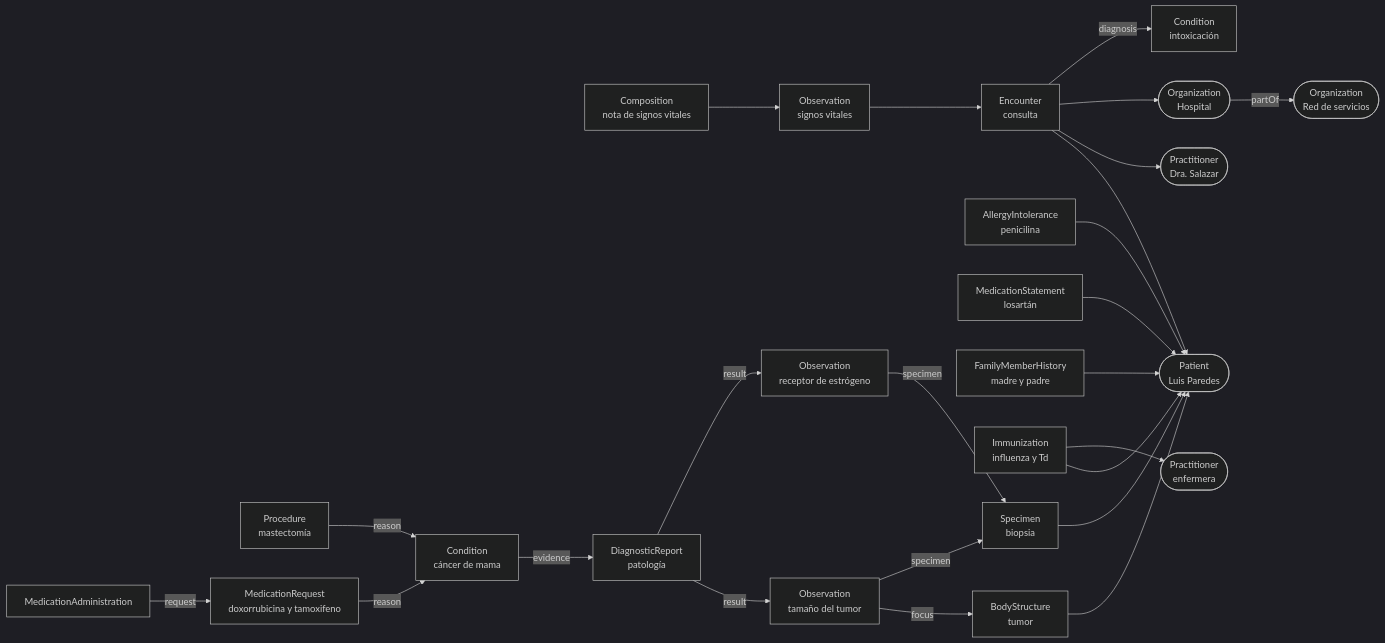
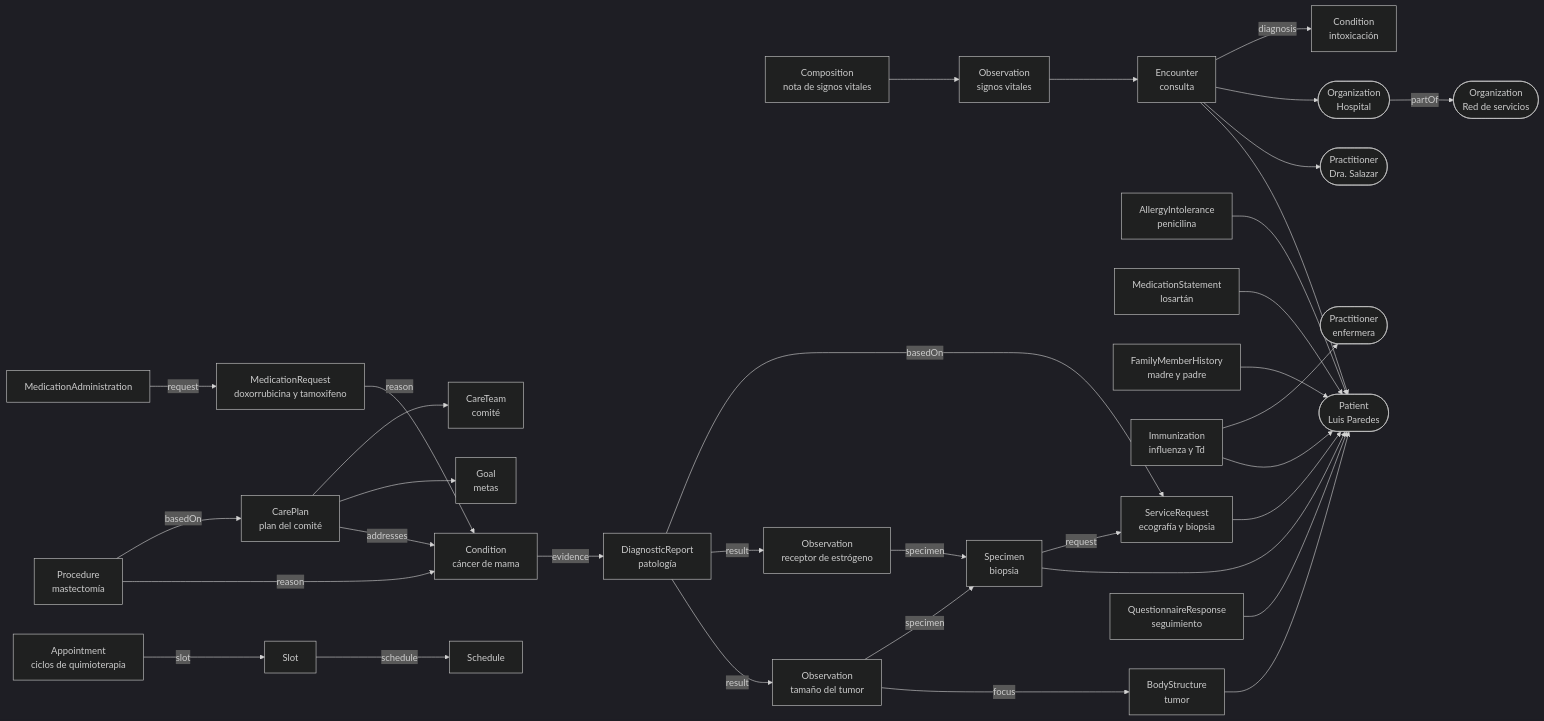
Before and after one commit to f-slg/aprende-fhir: the diagram in README.md, drawn with Mermaid (dark theme). The commit also changed other lines of this file and 106 other files, not shown here.

First line of the commit message:
Etapa 2: órdenes, plan y consentimiento, citas y seguimiento

````diff
--- a/README.md
+++ b/README.md
@@ -147,28 +152,37 @@
 ```mermaid
 flowchart LR
   P([Patient<br/>Luis Paredes])
   Dr([Practitioner<br/>Dra. Salazar])
   H([Organization<br/>Hospital]) -->|partOf| Red([Organization<br/>Red de servicios])
   E[Encounter<br/>consulta] --> P
   E --> Dr
   E --> H
   E -->|diagnosis| C1[Condition<br/>intoxicación]
   Al[AllergyIntolerance<br/>penicilina] --> P
   MS[MedicationStatement<br/>losartán] --> P
   FH[FamilyMemberHistory<br/>madre y padre] --> P
   Im[Immunization<br/>influenza y Td] --> P
   Im --> En([Practitioner<br/>enfermera])
   SV[Observation<br/>signos vitales] --> E
   Doc[Composition<br/>nota de signos vitales] --> SV
   BS[BodyStructure<br/>tumor] --> P
   S[Specimen<br/>biopsia] --> P
   OT[Observation<br/>tamaño del tumor] -->|focus| BS
   OT -->|specimen| S
   RE[Observation<br/>receptor de estrógeno] -->|specimen| S
   DR[DiagnosticReport<br/>patología] -->|result| OT
   DR -->|result| RE
   C2[Condition<br/>cáncer de mama] -->|evidence| DR
   Pr[Procedure<br/>mastectomía] -->|reason| C2
   MR[MedicationRequest<br/>doxorrubicina y tamoxifeno] -->|reason| C2
   MA[MedicationAdministration] -->|request| MR
+  SR[ServiceRequest<br/>ecografía y biopsia] --> P
+  DR -->|basedOn| SR
+  S -->|request| SR
+  CP[CarePlan<br/>plan del comité] -->|addresses| C2
+  CP --> G[Goal<br/>metas]
+  CP --> CT[CareTeam<br/>comité]
+  Pr -->|basedOn| CP
+  Ap[Appointment<br/>ciclos de quimioterapia] -->|slot| Sl[Slot] -->|schedule| Sc[Schedule]
+  QR[QuestionnaireResponse<br/>seguimiento] --> P
 ```
````
